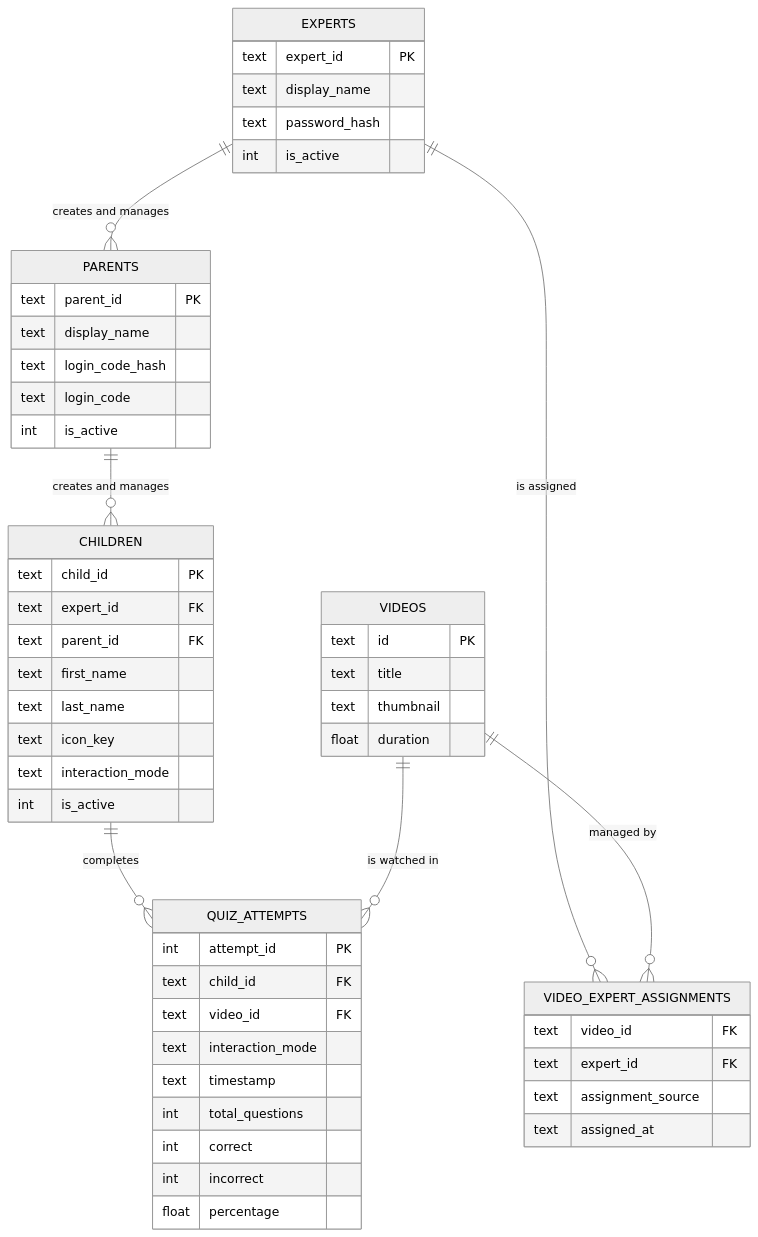
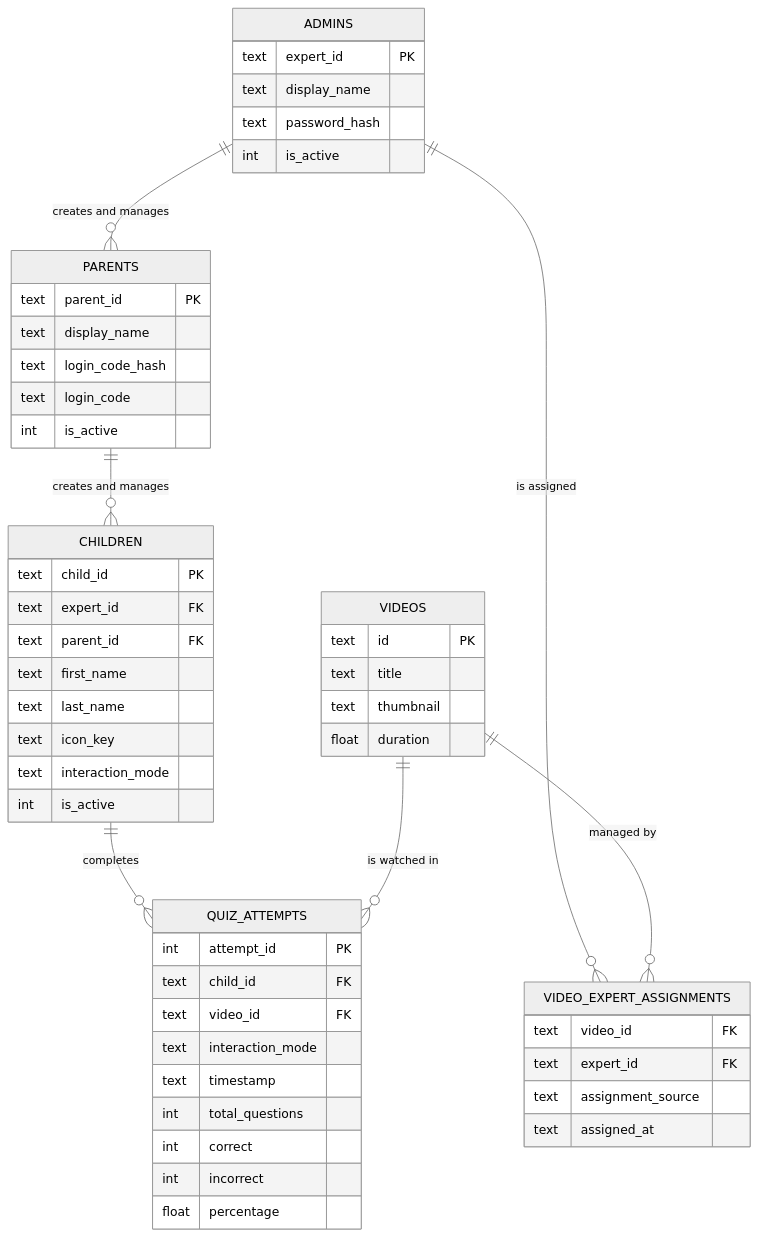
Before and after one commit to Capstone-Projects-2026-spring/project-piggyback-learning-piggyback-1: the diagram in documentation/docs/system-architecture/erd.md, drawn with Mermaid (neutral theme). The commit also changed other lines of this file and 4 other files, not shown here.

````diff
--- a/documentation/docs/system-architecture/erd.md
+++ b/documentation/docs/system-architecture/erd.md
@@ -17,56 +17,56 @@
 ```mermaid
 erDiagram
-    EXPERTS {
+    ADMINS {
         text expert_id PK
         text display_name
         text password_hash
         int is_active
     }
     PARENTS {
         text parent_id PK
         text display_name
         text login_code_hash
         text login_code
         int is_active
     }
     CHILDREN {
         text child_id PK
         text expert_id FK
         text parent_id FK
         text first_name
         text last_name
         text icon_key
         text interaction_mode
         int is_active
     }
     VIDEOS {
         text id PK
         text title
         text thumbnail
         float duration
     }
     VIDEO_EXPERT_ASSIGNMENTS {
         text video_id FK
         text expert_id FK
         text assignment_source
         text assigned_at
     }
     QUIZ_ATTEMPTS {
         int attempt_id PK
         text child_id FK
         text video_id FK
         text interaction_mode
         text timestamp
         int total_questions
         int correct
         int incorrect
         float percentage
     }
 
-    EXPERTS ||--o{ PARENTS : "creates and manages"
+    ADMINS ||--o{ PARENTS : "creates and manages"
     PARENTS ||--o{ CHILDREN : "creates and manages"
-    EXPERTS ||--o{ VIDEO_EXPERT_ASSIGNMENTS : "is assigned"
+    ADMINS ||--o{ VIDEO_EXPERT_ASSIGNMENTS : "is assigned"
     VIDEOS ||--o{ VIDEO_EXPERT_ASSIGNMENTS : "managed by"
     CHILDREN ||--o{ QUIZ_ATTEMPTS : "completes"
     VIDEOS ||--o{ QUIZ_ATTEMPTS : "is watched in"
 ```
````
